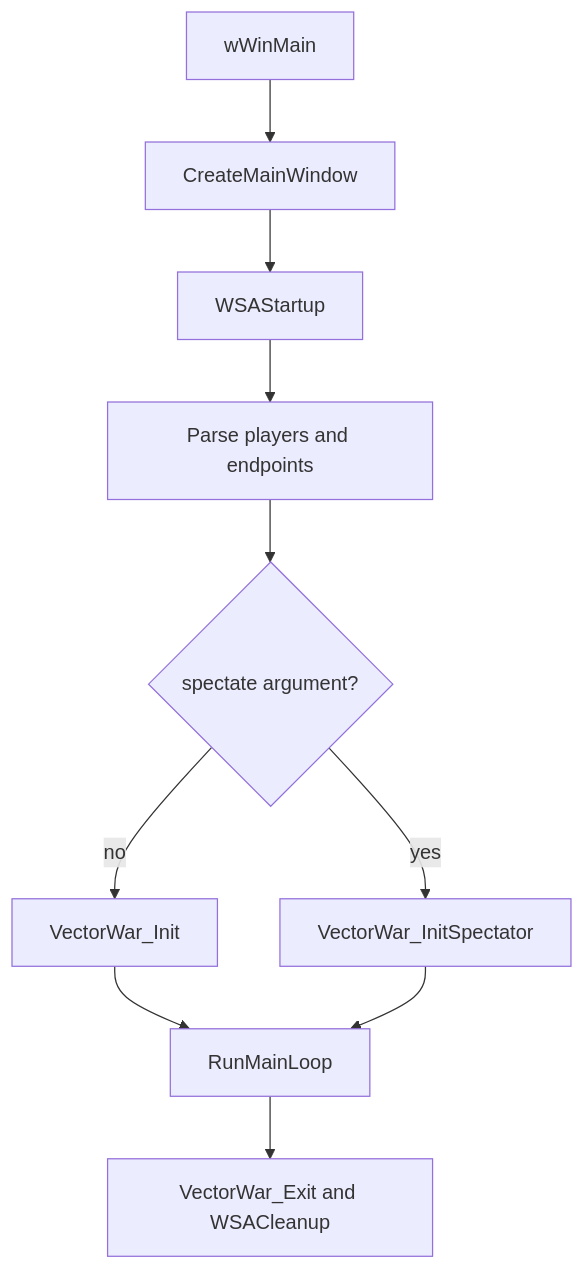
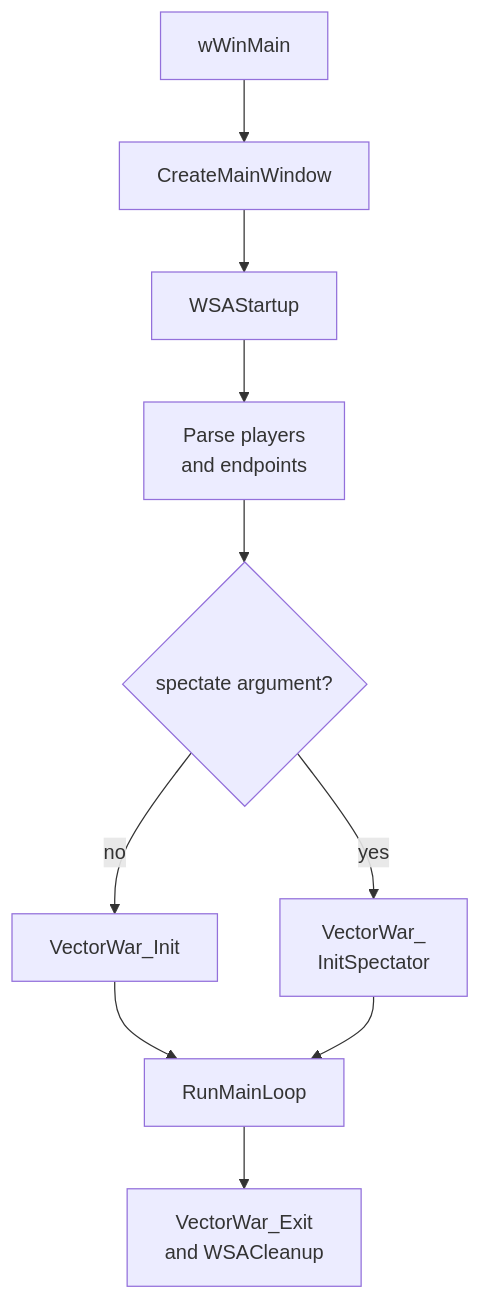
One commit to irregularthanis/ggpo-next changed the second of 7 diagrams in doc/architecture/VectorWar.md. Above: the diagram before and after it, drawn with Mermaid. The commit also changed other lines of this file and 9 other files, not shown here.

Commit message:
docs: wrap Mermaid diagram labels

````diff
--- a/doc/architecture/VectorWar.md
+++ b/doc/architecture/VectorWar.md
@@ -103,17 +103,17 @@
 ```mermaid
 flowchart TD
     Entry["wWinMain"]
     Window["CreateMainWindow"]
     Sockets["WSAStartup"]
-    Parse["Parse players and endpoints"]
+    Parse["Parse players<br/>and endpoints"]
     Mode{"spectate argument?"}
     Player["VectorWar_Init"]
-    Spectator["VectorWar_InitSpectator"]
+    Spectator["VectorWar_<br/>InitSpectator"]
     Loop["RunMainLoop"]
-    Exit["VectorWar_Exit and WSACleanup"]
+    Exit["VectorWar_Exit<br/>and WSACleanup"]
 
     Entry --> Window --> Sockets --> Parse --> Mode
     Mode -->|"no"| Player --> Loop
     Mode -->|"yes"| Spectator --> Loop
     Loop --> Exit
 ```
````
